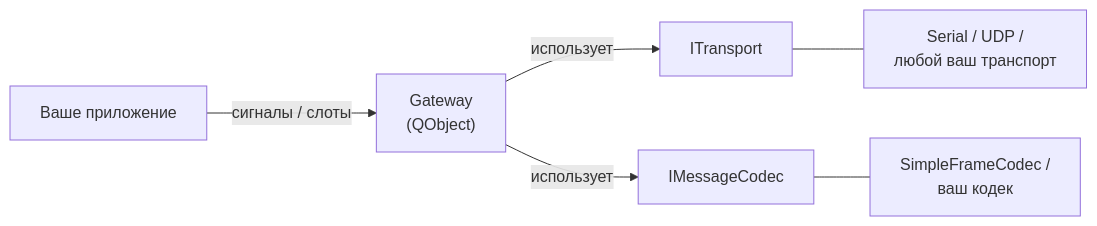
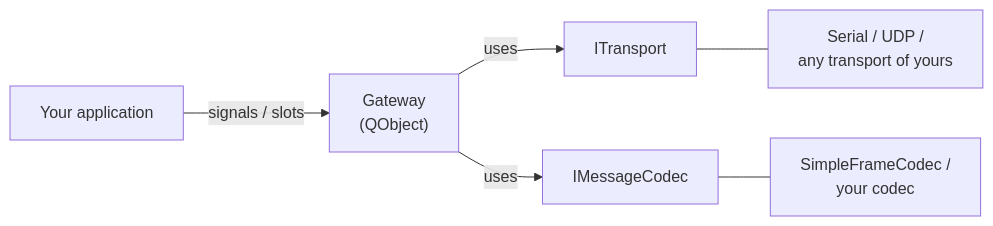
One commit to Saytikus/GChannelManager changed the diagram in README.md. Above: the diagram before and after it, drawn with Mermaid. The commit also changed other lines of this file and 25 other files, not shown here.

````diff
--- a/README.md
+++ b/README.md
@@ -22,8 +24,8 @@
 ```mermaid
 flowchart LR
-    App["Ваше приложение"] -- сигналы / слоты --> GW["Gateway<br/>(QObject)"]
-    GW -- использует --> T["ITransport"]
-    GW -- использует --> C["IMessageCodec"]
-    T --- Serial["Serial / UDP /<br/>любой ваш транспорт"]
-    C --- Codec["SimpleFrameCodec /<br/>ваш кодек"]
+    App["Your application"] -- signals / slots --> GW["Gateway<br/>(QObject)"]
+    GW -- uses --> T["ITransport"]
+    GW -- uses --> C["IMessageCodec"]
+    T --- Serial["Serial / UDP /<br/>any transport of yours"]
+    C --- Codec["SimpleFrameCodec /<br/>your codec"]
 ```
````
